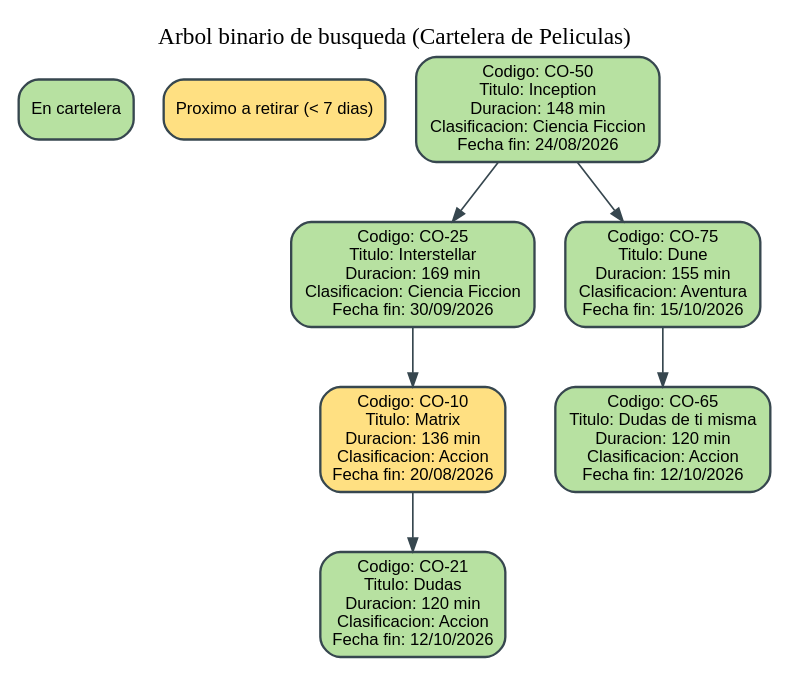
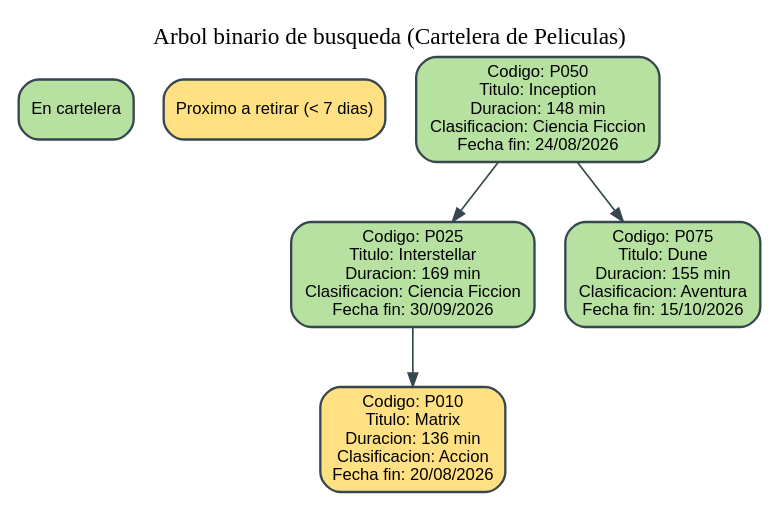
The diagram in build/reporte_bst.dot (sergioraulquezel/EDD_2S2026_PY_202401290), drawn with Graphviz before and after one commit. The commit also changed 20 other files, not shown here.

```diff
--- a/build/reporte_bst.dot
+++ b/build/reporte_bst.dot
@@ -1,20 +1,16 @@
 digraph ArbolPeliculas {
     rankdir=TB;
     graph [bgcolor="white", labelloc="t", label="Arbol binario de busqueda (Cartelera de Peliculas)"];
     node [shape=box, style="rounded,filled", fontname="Arial", fontsize=10, color="#37474f", penwidth=1.4];
     edge [color="#37474f", arrowsize=0.8];
     leyenda_verde [label="En cartelera", fillcolor="#b7e1a1"];
     leyenda_amarillo [label="Proximo a retirar (< 7 dias)", fillcolor="#ffe082"];
     { rank=same; leyenda_verde; leyenda_amarillo; }
-    nodo50 [fillcolor="#b7e1a1", label="Codigo: CO-50\nTitulo: Inception\nDuracion: 148 min\nClasificacion: Ciencia Ficcion\nFecha fin: 24/08/2026"];
+    nodo50 [fillcolor="#b7e1a1", label="Codigo: P050\nTitulo: Inception\nDuracion: 148 min\nClasificacion: Ciencia Ficcion\nFecha fin: 24/08/2026"];
     nodo50 -> nodo25;
-    nodo25 [fillcolor="#b7e1a1", label="Codigo: CO-25\nTitulo: Interstellar\nDuracion: 169 min\nClasificacion: Ciencia Ficcion\nFecha fin: 30/09/2026"];
+    nodo25 [fillcolor="#b7e1a1", label="Codigo: P025\nTitulo: Interstellar\nDuracion: 169 min\nClasificacion: Ciencia Ficcion\nFecha fin: 30/09/2026"];
     nodo25 -> nodo10;
-    nodo10 [fillcolor="#ffe082", label="Codigo: CO-10\nTitulo: Matrix\nDuracion: 136 min\nClasificacion: Accion\nFecha fin: 20/08/2026"];
-    nodo10 -> nodo21;
-    nodo21 [fillcolor="#b7e1a1", label="Codigo: CO-21\nTitulo: Dudas \nDuracion: 120 min\nClasificacion: Accion\nFecha fin: 12/10/2026"];
+    nodo10 [fillcolor="#ffe082", label="Codigo: P010\nTitulo: Matrix\nDuracion: 136 min\nClasificacion: Accion\nFecha fin: 20/08/2026"];
     nodo50 -> nodo75;
-    nodo75 [fillcolor="#b7e1a1", label="Codigo: CO-75\nTitulo: Dune\nDuracion: 155 min\nClasificacion: Aventura\nFecha fin: 15/10/2026"];
-    nodo75 -> nodo65;
-    nodo65 [fillcolor="#b7e1a1", label="Codigo: CO-65\nTitulo: Dudas de ti misma\nDuracion: 120 min\nClasificacion: Accion\nFecha fin: 12/10/2026"];
+    nodo75 [fillcolor="#b7e1a1", label="Codigo: P075\nTitulo: Dune\nDuracion: 155 min\nClasificacion: Aventura\nFecha fin: 15/10/2026"];
 }
```
